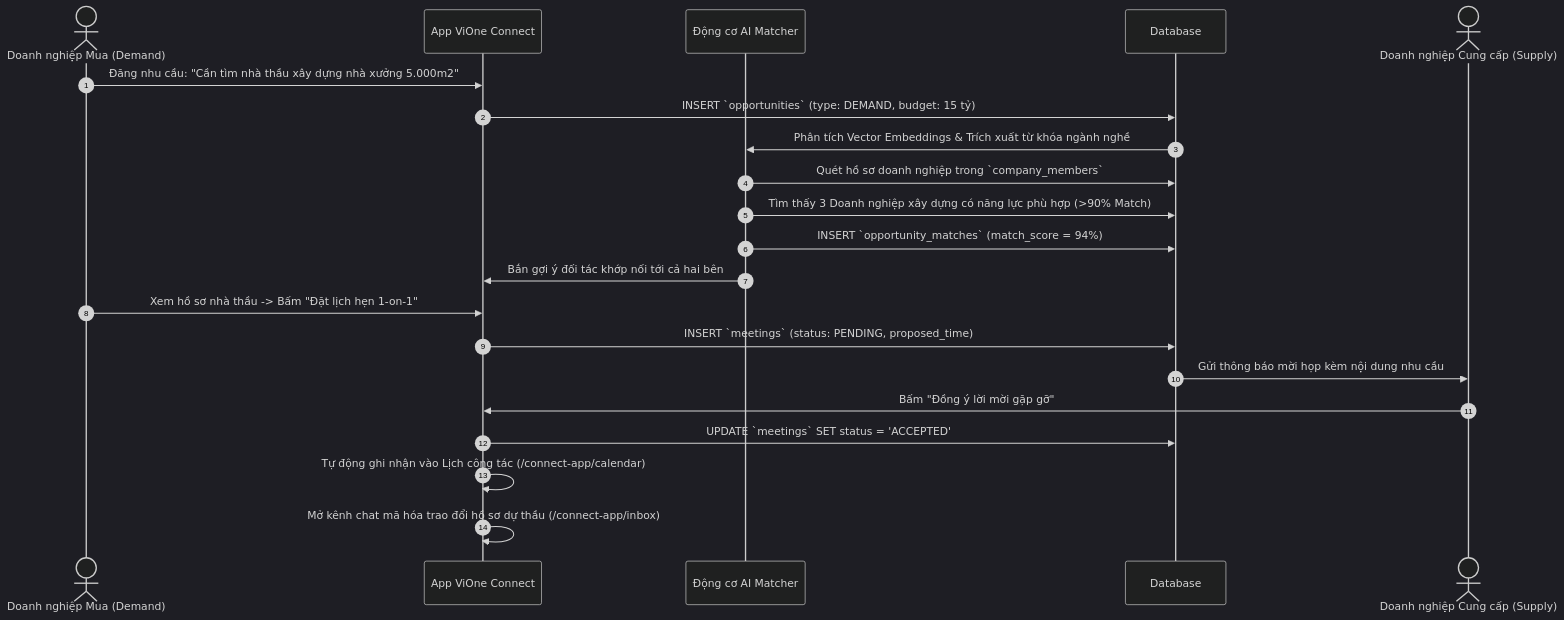
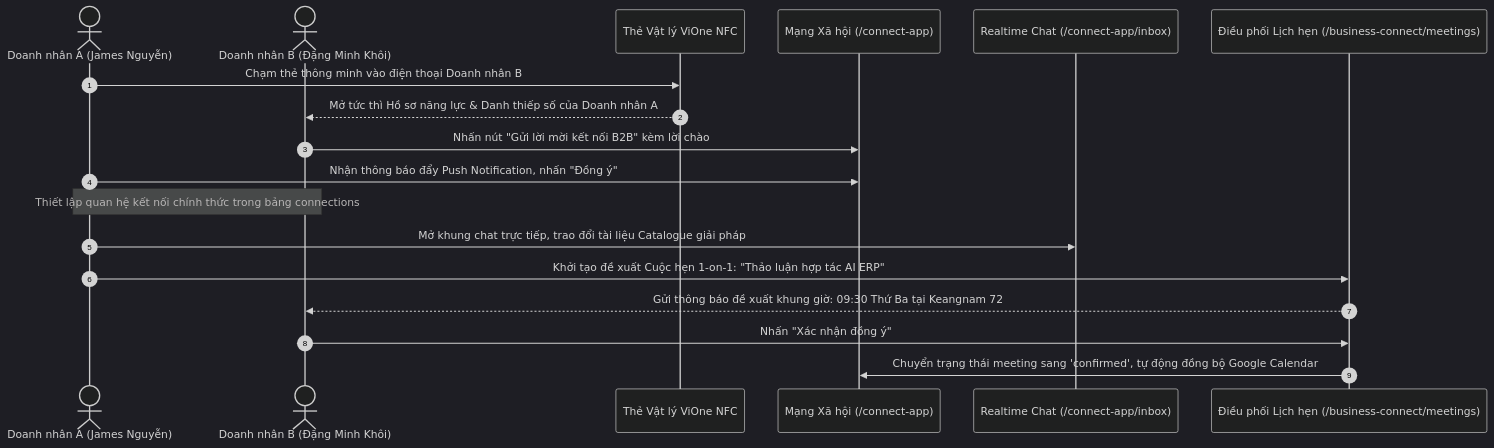
The fourth of 4 diagrams in document/VIONE_USER_AND_ADMIN_MANUAL.md (viconnect-product-team/vione_app), drawn with Mermaid (dark theme) before and after one commit. The commit also changed other lines of this file and 152 other files, not shown here.

````diff
--- a/document/VIONE_USER_AND_ADMIN_MANUAL.md
+++ b/document/VIONE_USER_AND_ADMIN_MANUAL.md
@@ -288,24 +217,21 @@
 ```mermaid
 sequenceDiagram
     autonumber
-    actor Buyer as Doanh nghiệp Mua (Demand)
-    participant ConnectApp as App ViOne Connect
-    participant AICopilot as Động cơ AI Matcher
-    participant DB as Database
-    actor Supplier as Doanh nghiệp Cung cấp (Supply)
+    actor A as Doanh nhân A (James Nguyễn)
+    actor B as Doanh nhân B (Đặng Minh Khôi)
+    participant NFC as Thẻ Vật lý ViOne NFC
+    participant VNE as Mạng Xã hội (/connect-app)
+    participant Chat as Realtime Chat (/connect-app/inbox)
+    participant Mtg as Điều phối Lịch hẹn (/business-connect/meetings)
 
-    Buyer->>ConnectApp: Đăng nhu cầu: "Cần tìm nhà thầu xây dựng nhà xưởng 5.000m2"
-    ConnectApp->>DB: INSERT `opportunities` (type: DEMAND, budget: 15 tỷ)
-    DB->>AICopilot: Phân tích Vector Embeddings & Trích xuất từ khóa ngành nghề
-    AICopilot->>DB: Quét hồ sơ doanh nghiệp trong `company_members`
-    AICopilot->>DB: Tìm thấy 3 Doanh nghiệp xây dựng có năng lực phù hợp (>90% Match)
-    AICopilot->>DB: INSERT `opportunity_matches` (match_score = 94%)
-    AICopilot->>ConnectApp: Bắn gợi ý đối tác khớp nối tới cả hai bên
-    Buyer->>ConnectApp: Xem hồ sơ nhà thầu -> Bấm "Đặt lịch hẹn 1-on-1"
-    ConnectApp->>DB: INSERT `meetings` (status: PENDING, proposed_time)
-    DB->>Supplier: Gửi thông báo mời họp kèm nội dung nhu cầu
-    Supplier->>ConnectApp: Bấm "Đồng ý lời mời gặp gỡ"
-    ConnectApp->>DB: UPDATE `meetings` SET status = 'ACCEPTED'
-    ConnectApp->>ConnectApp: Tự động ghi nhận vào Lịch công tác (/connect-app/calendar)
-    ConnectApp->>ConnectApp: Mở kênh chat mã hóa trao đổi hồ sơ dự thầu (/connect-app/inbox)
+    A->>NFC: Chạm thẻ thông minh vào điện thoại Doanh nhân B
+    NFC-->>B: Mở tức thì Hồ sơ năng lực & Danh thiếp số của Doanh nhân A
+    B->>VNE: Nhấn nút "Gửi lời mời kết nối B2B" kèm lời chào
+    A->>VNE: Nhận thông báo đẩy Push Notification, nhấn "Đồng ý"
+    Note over A,B: Thiết lập quan hệ kết nối chính thức trong bảng connections
+    A->>Chat: Mở khung chat trực tiếp, trao đổi tài liệu Catalogue giải pháp
+    A->>Mtg: Khởi tạo đề xuất Cuộc hẹn 1-on-1: "Thảo luận hợp tác AI ERP"
+    Mtg-->>B: Gửi thông báo đề xuất khung giờ: 09:30 Thứ Ba tại Keangnam 72
+    B->>Mtg: Nhấn "Xác nhận đồng ý"
+    Mtg->>VNE: Chuyển trạng thái meeting sang 'confirmed', tự động đồng bộ Google Calendar
 ```
````
